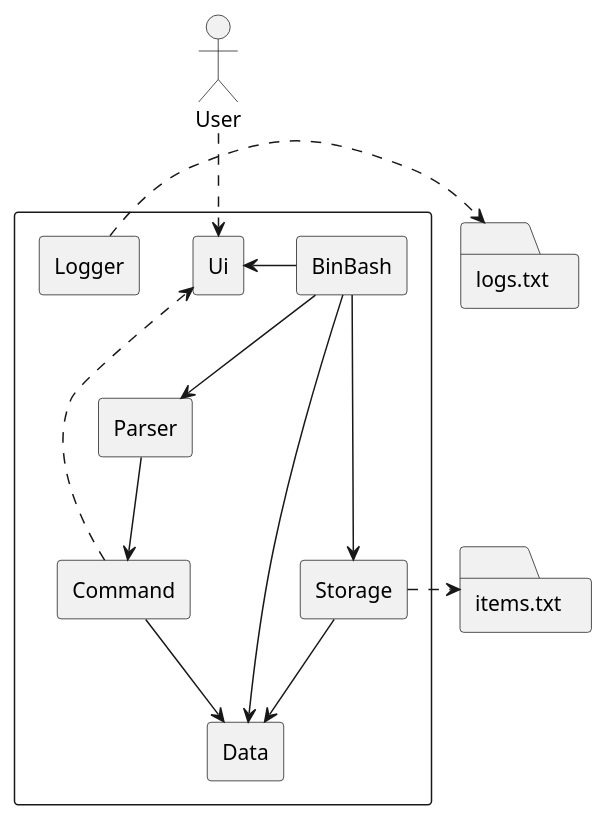
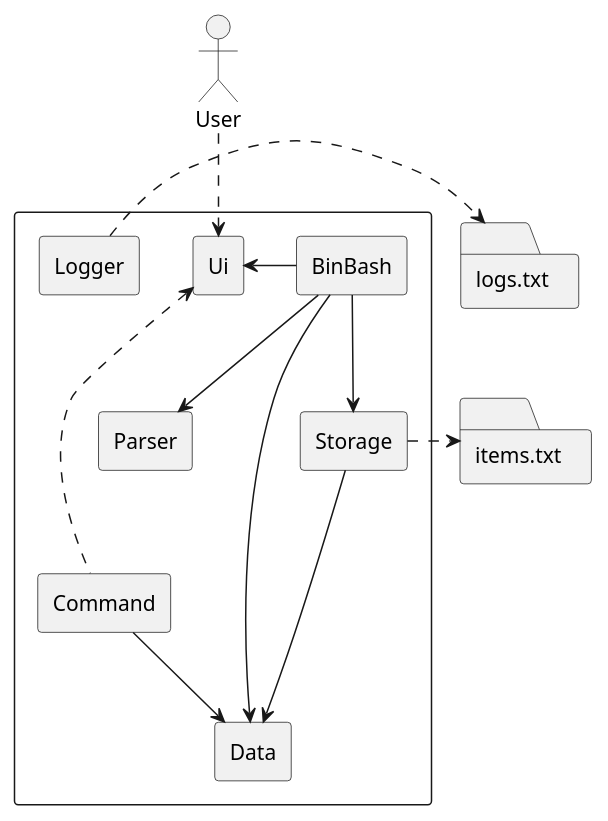
The diagram in docs/diagrams/Architecture.puml (AY2324S2-CS2113T-T09-2/tp), drawn with PlantUML before and after one commit. The commit also changed 1 other file, not shown here.

Commit message:
Remove parser's dependency on command

```diff
--- a/docs/diagrams/Architecture.puml
+++ b/docs/diagrams/Architecture.puml
@@ -1,26 +1,28 @@
 @startuml
 
 skinparam componentStyle rectangle
 
 actor User
 folder "items.txt"
 folder "logs.txt"
 
 component {
     User .down.> [Ui]
     [BinBash] -left-> [Ui]
     [BinBash] --> [Parser]
     [BinBash] --> [Storage]
     [BinBash] --> [Data]
 
-    [Parser] --> [Command]
     [Command] --> [Data]
+    [Command] .up.> [Ui]
+
     [Storage] --> [Data]
-
-    [Command] ..> [Ui]
     [Storage] .right.> "items.txt"
 
     [Logger] .right.> "logs.txt"
+
+    [Storage] -[hidden]left- [Parser]
+    [Parser] -[hidden]-- [Data]
 }
 
 @enduml
```
